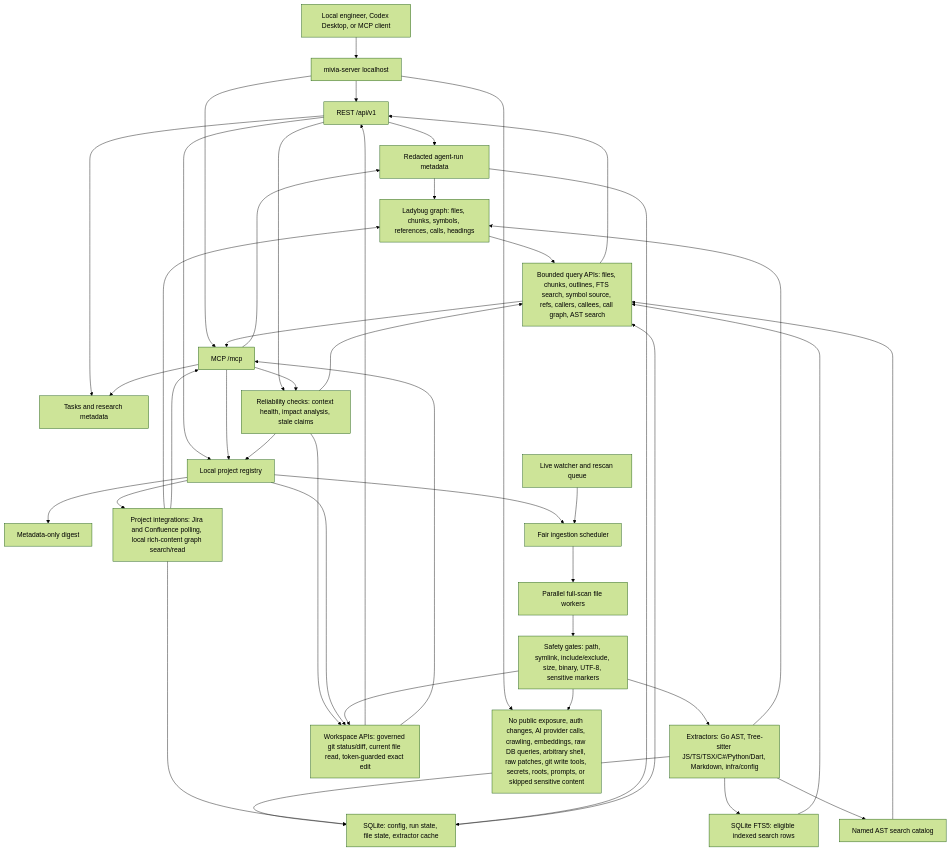
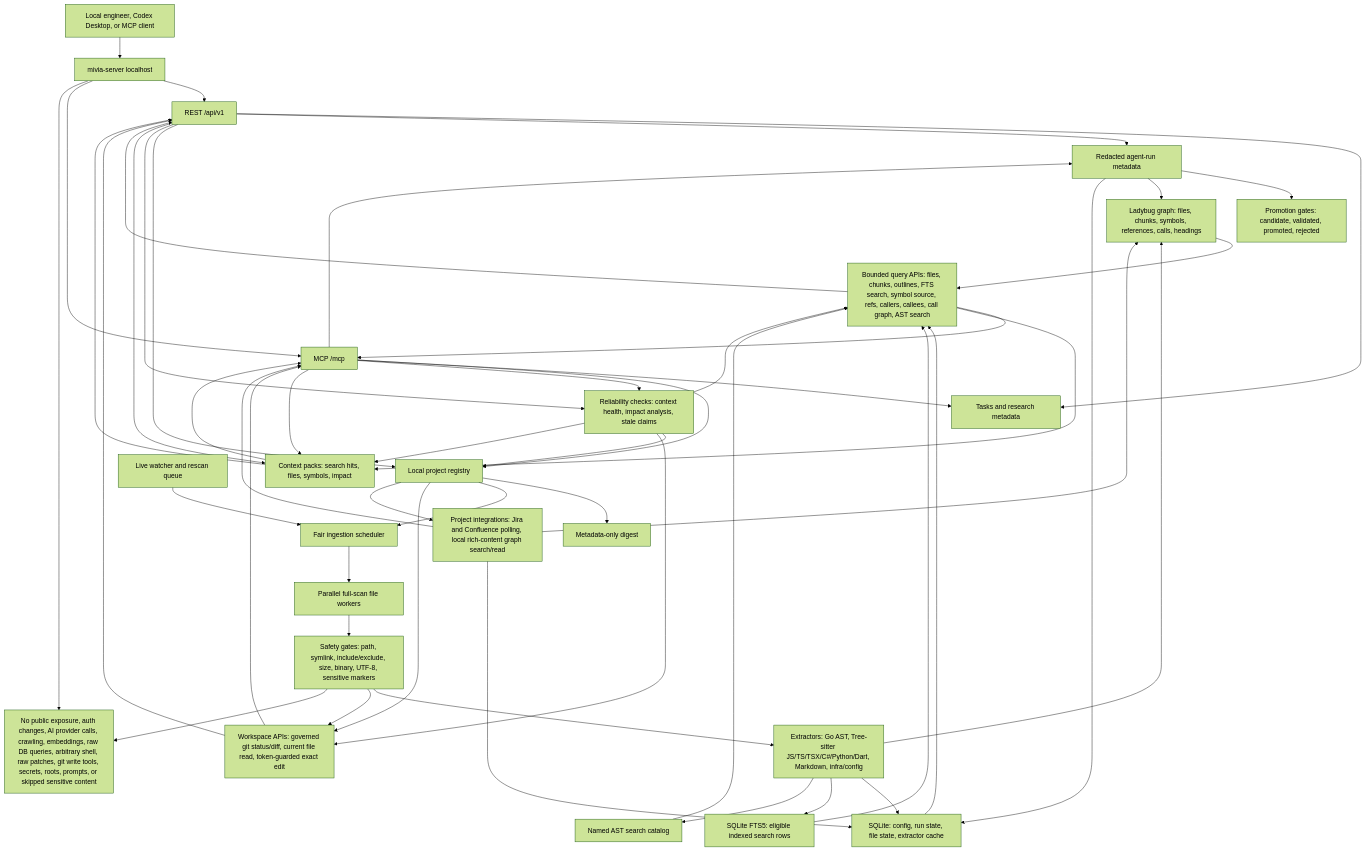
The first of 4 diagrams in README.md (MiviaLabs/go-mivia), drawn with Mermaid (forest theme) before and after one commit. The commit also changed other lines of this file and 30 other files, not shown here.

Commit message:
Add context packs and promotion gates

````diff
--- a/README.md
+++ b/README.md
@@ -17,68 +17,77 @@
 ```mermaid
 flowchart TB
   Client["Local engineer, Codex Desktop, or MCP client"]
   Server["mivia-server localhost"]
   REST["REST /api/v1"]
   MCP["MCP /mcp"]
   Tasks["Tasks and research metadata"]
   AgentRuns["Redacted agent-run metadata"]
   Registry["Local project registry"]
   Reliability["Reliability checks: context health, impact analysis, stale claims"]
+  ContextPack["Context packs: search hits, files, symbols, impact"]
+  Promotion["Promotion gates: candidate, validated, promoted, rejected"]
   Digest["Metadata-only digest"]
   Scheduler["Fair ingestion scheduler"]
   Live["Live watcher and rescan queue"]
   Workers["Parallel full-scan file workers"]
   Safety["Safety gates: path, symlink, include/exclude, size, binary, UTF-8, sensitive markers"]
   Extractors["Extractors: Go AST, Tree-sitter JS/TS/TSX/C#/Python/Dart, Markdown, infra/config"]
   Graph["Ladybug graph: files, chunks, symbols, references, calls, headings"]
   SQLite["SQLite: config, run state, file state, extractor cache"]
   FTS["SQLite FTS5: eligible indexed search rows"]
   AST["Named AST search catalog"]
   Queries["Bounded query APIs: files, chunks, outlines, FTS search, symbol source, refs, callers, callees, call graph, AST search"]
   Workspace["Workspace APIs: governed git status/diff, current file read, token-guarded exact edit"]
   Integrations["Project integrations: Jira and Confluence polling, local rich-content graph search/read"]
   Boundaries["No public exposure, auth changes, AI provider calls, crawling, embeddings, raw DB queries, arbitrary shell, raw patches, git write tools, secrets, roots, prompts, or skipped sensitive content"]
 
   Client --> Server
   Server --> REST
   Server --> MCP
   REST --> Tasks
   MCP --> Tasks
   REST --> AgentRuns
   MCP --> AgentRuns
+  AgentRuns --> Promotion
   REST --> Registry
   MCP --> Registry
   REST --> Reliability
   MCP --> Reliability
+  REST --> ContextPack
+  MCP --> ContextPack
   Registry --> Digest
   Reliability --> Registry
   Reliability --> Workspace
   Reliability --> Queries
   Registry --> Scheduler
   Live --> Scheduler
   Scheduler --> Workers
   Workers --> Safety
   Safety --> Extractors
   Extractors --> Graph
   Extractors --> SQLite
   Extractors --> FTS
   Extractors --> AST
   Graph --> Queries
   SQLite --> Queries
   FTS --> Queries
   AST --> Queries
   Registry --> Workspace
   Safety --> Workspace
   Queries --> REST
   Queries --> MCP
+  Queries --> ContextPack
+  Reliability --> ContextPack
+  ContextPack --> REST
+  ContextPack --> MCP
   Workspace --> REST
   Workspace --> MCP
   Registry --> Integrations
   Integrations --> Graph
   Integrations --> SQLite
   Integrations --> MCP
   AgentRuns --> Graph
   AgentRuns --> SQLite
   Server --> Boundaries
   Safety --> Boundaries
 ```
````
